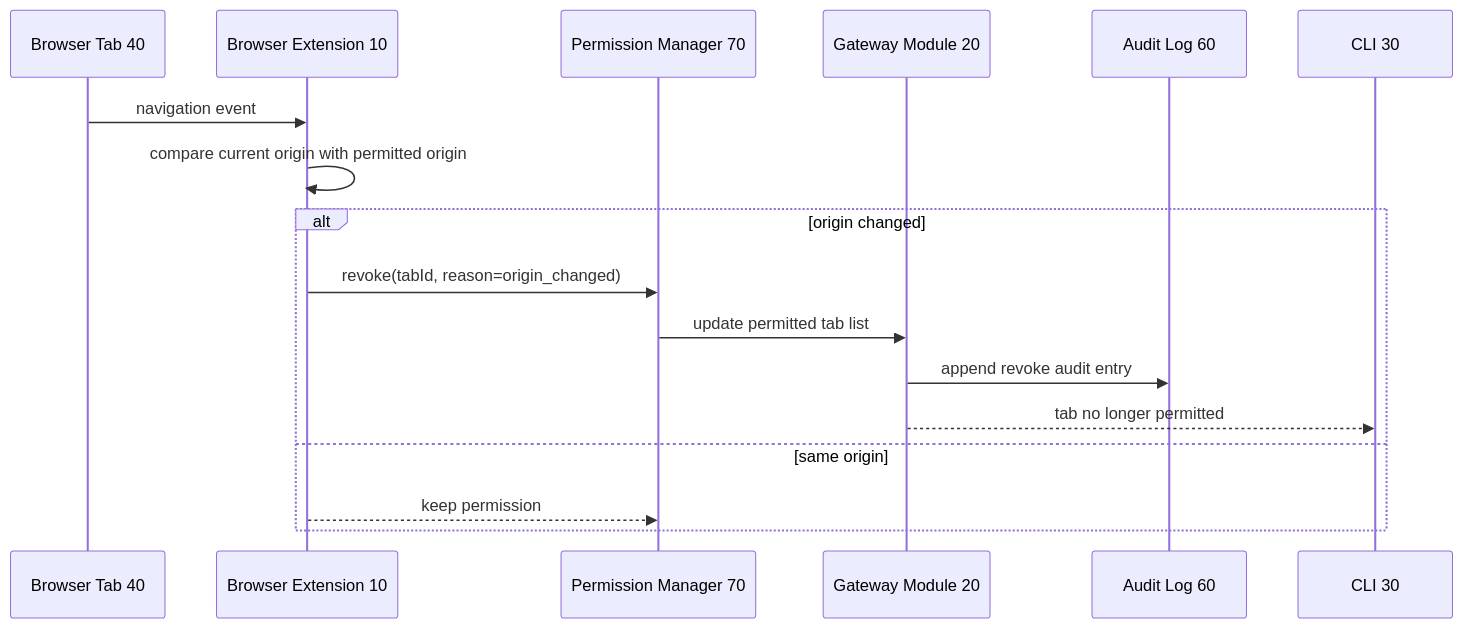
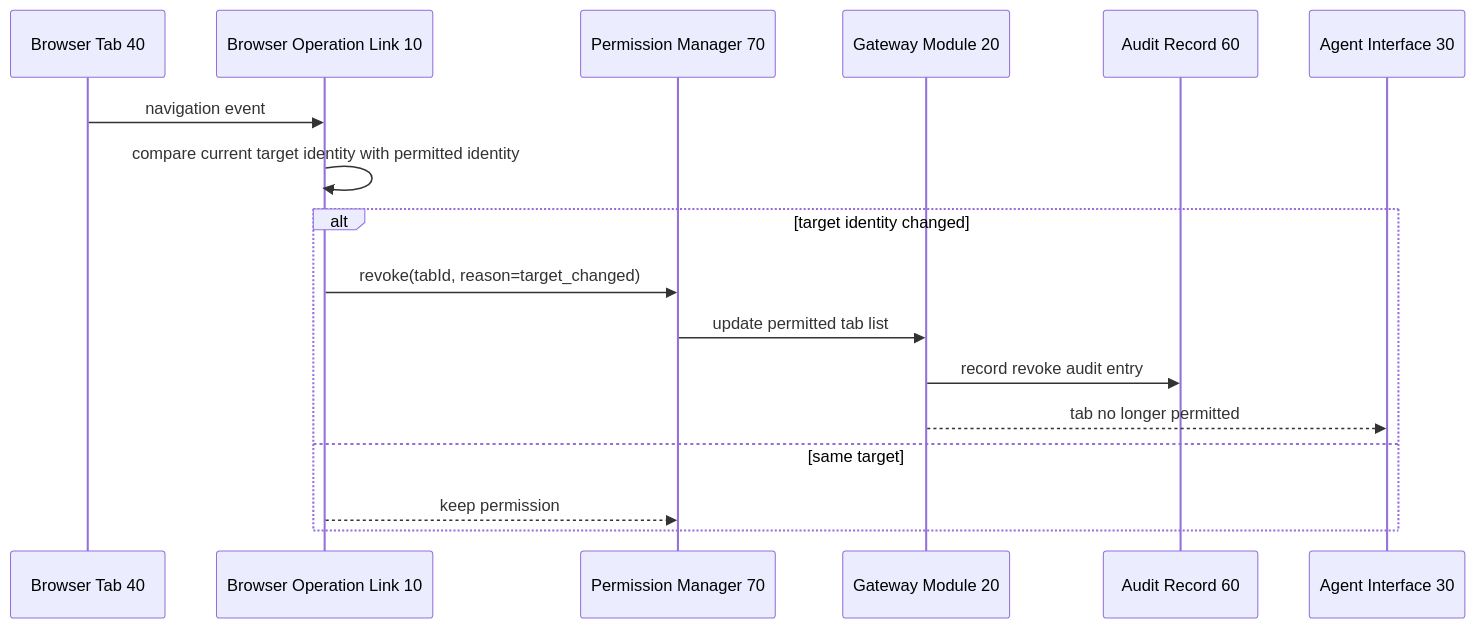
One commit to arcmanagement/agent-browser-gateway changed the diagram in legal/patent/figures/fig-3-auto-revoke-flow.mmd. Above: the diagram before and after it, drawn with Mermaid. The commit also changed 16 other files, not shown here.

```diff
--- a/legal/patent/figures/fig-3-auto-revoke-flow.mmd
+++ b/legal/patent/figures/fig-3-auto-revoke-flow.mmd
@@ -1,18 +1,18 @@
 sequenceDiagram
   participant T as Browser Tab 40
-  participant E as Browser Extension 10
+  participant E as Browser Operation Link 10
   participant P as Permission Manager 70
   participant G as Gateway Module 20
-  participant L as Audit Log 60
-  participant C as CLI 30
+  participant L as Audit Record 60
+  participant C as Agent Interface 30
 
   T->>E: navigation event
-  E->>E: compare current origin with permitted origin
-  alt origin changed
-    E->>P: revoke(tabId, reason=origin_changed)
+  E->>E: compare current target identity with permitted identity
+  alt target identity changed
+    E->>P: revoke(tabId, reason=target_changed)
     P->>G: update permitted tab list
-    G->>L: append revoke audit entry
+    G->>L: record revoke audit entry
     G-->>C: tab no longer permitted
-  else same origin
+  else same target
     E-->>P: keep permission
   end
```
